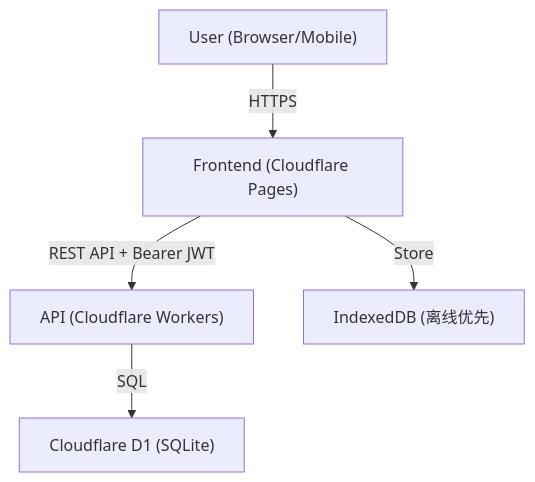
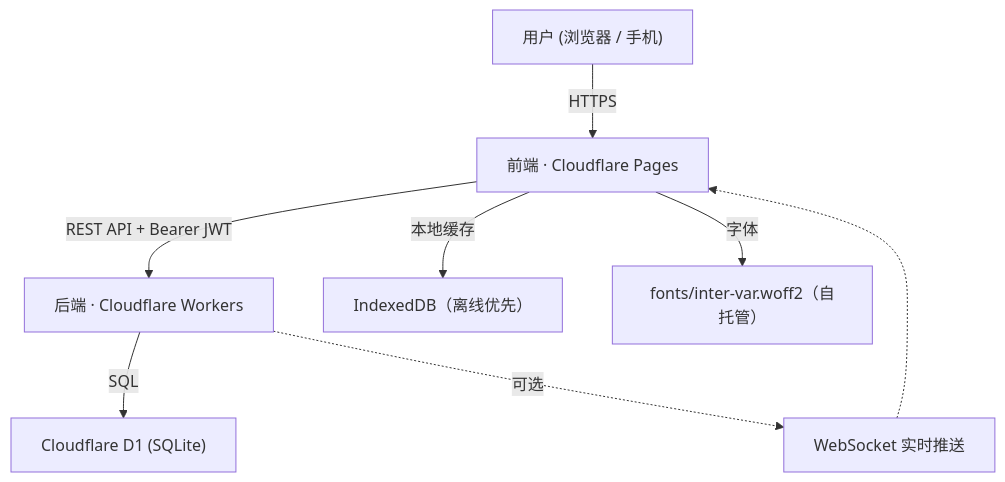
The diagram in README.md (combodevy/question-site), drawn with Mermaid before and after one commit. The commit also changed other lines of this file and 22 other files, not shown here.

````diff
--- a/README.md
+++ b/README.md
@@ -15,7 +25,10 @@
 ```mermaid
 graph TD
-    User["User (Browser/Mobile)"] -->|HTTPS| Frontend["Frontend (Cloudflare Pages)"]
-    Frontend -->|"REST API + Bearer JWT"| Backend["API (Cloudflare Workers)"]
+    User["用户 (浏览器 / 手机)"] -->|HTTPS| Frontend["前端 · Cloudflare Pages"]
+    Frontend -->|"REST API + Bearer JWT"| Backend["后端 · Cloudflare Workers"]
     Backend -->|SQL| DB["Cloudflare D1 (SQLite)"]
-    Frontend -->|Store| Local["IndexedDB (离线优先)"]
+    Frontend -->|本地缓存| Local["IndexedDB（离线优先）"]
+    Frontend -->|字体| Font["fonts/inter-var.woff2（自托管）"]
+    Backend -.->|可选| WS["WebSocket 实时推送"]
+    WS -.-> Frontend
 ```
````
